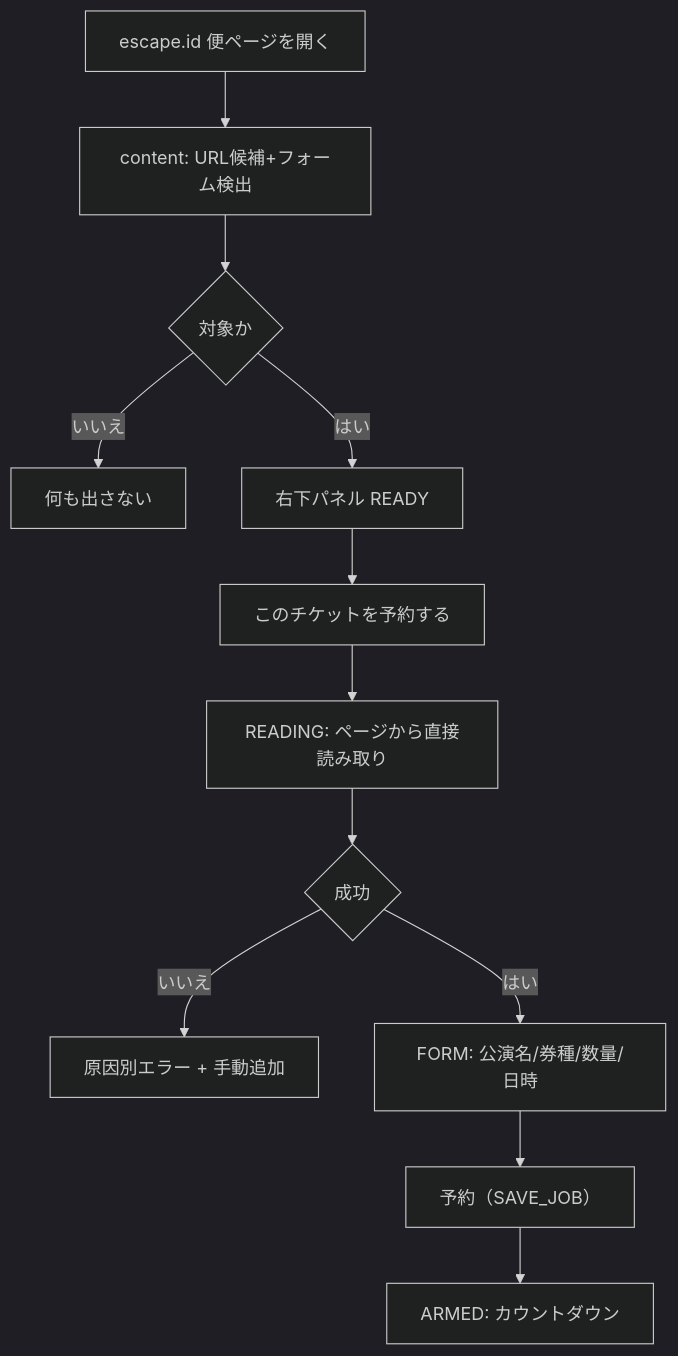
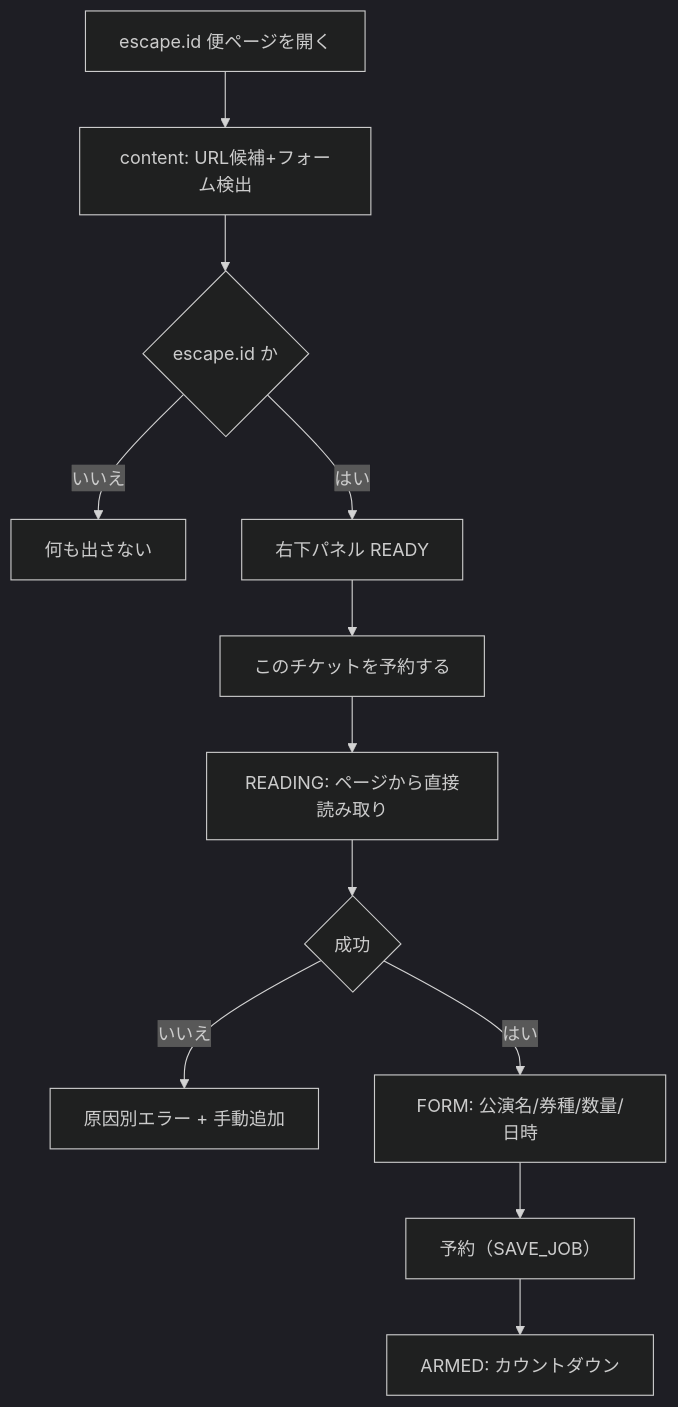
The diagram in docs/pattern-1-in-page-reservation-design.md (FukaseDaichi/TicketEscape), drawn with Mermaid (dark theme) before and after one commit. The commit also changed other lines of this file and 14 other files, not shown here.

````diff
--- a/docs/pattern-1-in-page-reservation-design.md
+++ b/docs/pattern-1-in-page-reservation-design.md
@@ -121,14 +126,14 @@
 ```mermaid
 flowchart TD
   A[escape.id 便ページを開く] --> B[content: URL候補+フォーム検出]
-  B --> C{対象か}
+  B --> C{escape.id か}
   C -- いいえ --> D[何も出さない]
   C -- はい --> E[右下パネル READY]
   E --> F[このチケットを予約する]
   F --> G[READING: ページから直接読み取り]
   G --> H{成功}
   H -- いいえ --> I[原因別エラー + 手動追加]
   H -- はい --> J[FORM: 公演名/券種/数量/日時]
   J --> K[予約（SAVE_JOB）]
   K --> L[ARMED: カウントダウン]
 ```
````
